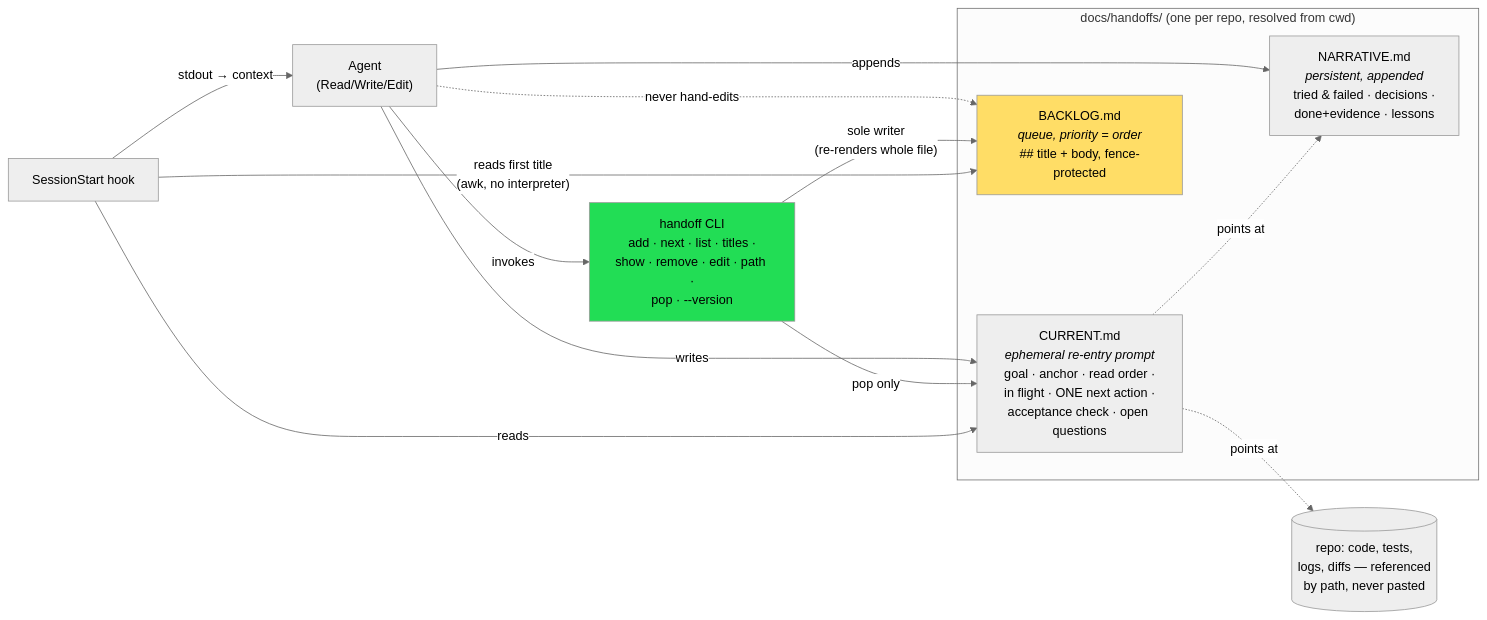
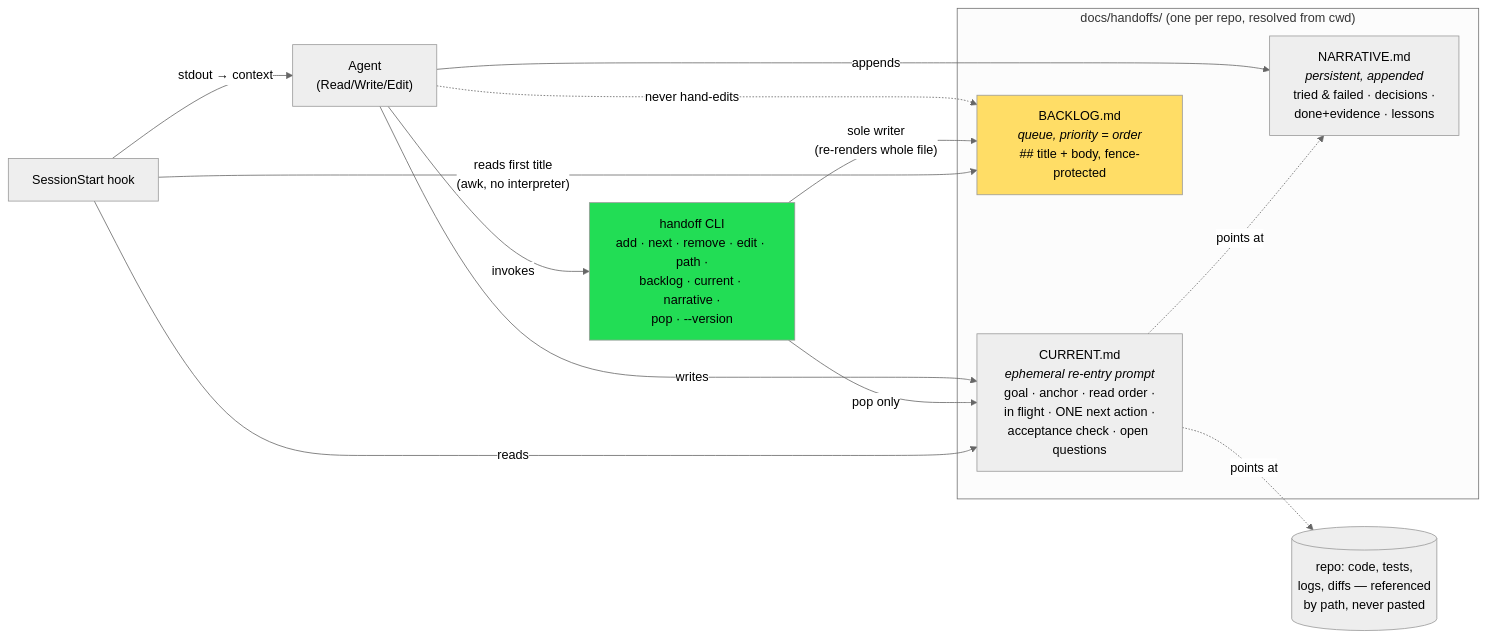
The second of 2 diagrams in skills/handoff/references/flow.md (dannybrown37/skill-tree), drawn with Mermaid (neutral theme) before and after one commit. The commit also changed 9 other files, not shown here.

Commit message:
fix: improve handoff CLI and options

````diff
--- a/skills/handoff/references/flow.md
+++ b/skills/handoff/references/flow.md
@@ -40,26 +40,26 @@
 ```mermaid
 flowchart LR
     subgraph FS["docs/handoffs/ (one per repo, resolved from cwd)"]
         CUR["CURRENT.md<br/><i>ephemeral re-entry prompt</i><br/>goal · anchor · read order ·<br/>in flight · ONE next action ·<br/>acceptance check · open questions"]
         NAR["NARRATIVE.md<br/><i>persistent, appended</i><br/>tried &amp; failed · decisions ·<br/>done+evidence · lessons"]
         BLG["BACKLOG.md<br/><i>queue, priority = order</i><br/>## title + body, fence-protected"]
     end
 
     A["Agent<br/>(Read/Write/Edit)"] -->|writes| CUR
     A -->|appends| NAR
     A -.->|"never hand-edits"| BLG
 
-    CLI["handoff CLI<br/>add · next · list · titles ·<br/>show · remove · edit · path ·<br/>pop · --version"] -->|"sole writer<br/>(re-renders whole file)"| BLG
+    CLI["handoff CLI<br/>add · next · remove · edit · path ·<br/>backlog · current · narrative ·<br/>pop · --version"] -->|"sole writer<br/>(re-renders whole file)"| BLG
     CLI -->|"pop only"| CUR
     A -->|invokes| CLI
 
     HOOK["SessionStart hook"] -->|reads| CUR
     HOOK -->|"reads first title<br/>(awk, no interpreter)"| BLG
     HOOK -->|stdout → context| A
 
     CUR -.->|points at| NAR
     CUR -.->|points at| REPO[("repo: code, tests,<br/>logs, diffs — referenced<br/>by path, never pasted")]
 
     style CLI fill:#2d5,color:#000
     style BLG fill:#fd6,color:#000
 ```
````
